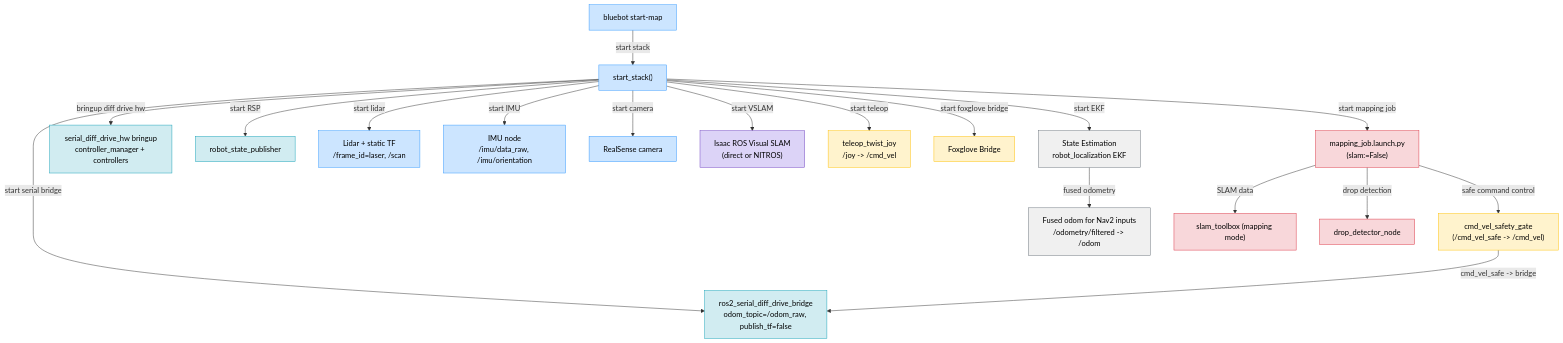
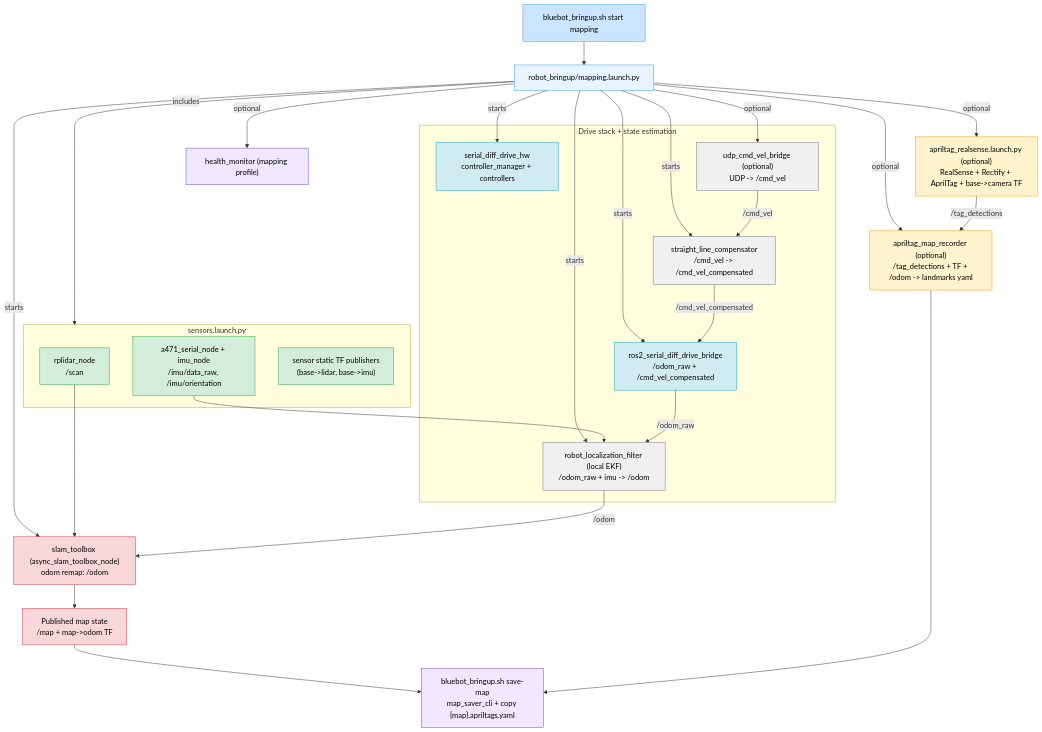
Before and after one commit to NinjaGirlGmr/bluebot: the diagram in docs/stack_diagrams/start_map_stack.mmd, drawn with Mermaid. The commit also changed 52 other files, not shown here.

```diff
--- a/docs/stack_diagrams/start_map_stack.mmd
+++ b/docs/stack_diagrams/start_map_stack.mmd
@@ -1,66 +1,68 @@
 flowchart TD
-%% ----------------- STYLE DEFINITIONS -----------------
+%% ---------- STYLE DEFINITIONS ----------
 classDef startup fill:#cce5ff,stroke:#3399ff,stroke-width:1px,color:#000;
+classDef launch fill:#e8f4ff,stroke:#3399ff,stroke-width:1px,color:#000;
+classDef sensors fill:#d4edda,stroke:#28a745,stroke-width:1px,color:#000;
 classDef hardware fill:#d1ecf1,stroke:#17a2b8,stroke-width:1px,color:#000;
-classDef sensors fill:#cce5ff,stroke:#3399ff,stroke-width:1px,color:#000;
-classDef vslam fill:#dcd3f7,stroke:#6f42c1,stroke-width:1px,color:#000;
-classDef teleop fill:#fff3cd,stroke:#ffc107,stroke-width:1px,color:#000;
 classDef state fill:#f0f0f0,stroke:#6c757d,stroke-width:1px,color:#000;
 classDef mapping fill:#f8d7da,stroke:#dc3545,stroke-width:1px,color:#000;
-classDef safety fill:#fff3cd,stroke:#ffc107,stroke-width:1px,color:#000;
+classDef apriltag fill:#fff3cd,stroke:#ff9800,stroke-width:1px,color:#000;
+classDef ops fill:#efe8ff,stroke:#6f42c1,stroke-width:1px,color:#000;
 
-%% ----------------- STARTUP -----------------
-A["bluebot start-map"]:::startup
-B["start_stack()"]:::startup
+%% ---------- ENTRYPOINT ----------
+A["bluebot_bringup.sh start mapping"]:::startup
+B["robot_bringup/mapping.launch.py"]:::launch
 
-%% ----------------- HARDWARE -----------------
-C["ros2_serial_diff_drive_bridge\nodom_topic=/odom_raw, publish_tf=false"]:::hardware
-D["serial_diff_drive_hw bringup\ncontroller_manager + controllers"]:::hardware
-E["robot_state_publisher"]:::hardware
+%% ---------- SENSORS ----------
+subgraph SENS["sensors.launch.py"]
+S1["rplidar_node\n/scan"]:::sensors
+S2["a471_serial_node + imu_node\n/imu/data_raw, /imu/orientation"]:::sensors
+S3["sensor static TF publishers\n(base->lidar, base->imu)"]:::sensors
+end
 
-%% ----------------- SENSORS -----------------
-F["Lidar + static TF\n/frame_id=laser, /scan"]:::sensors
-G["IMU node\n/imu/data_raw, /imu/orientation"]:::sensors
-H["RealSense camera"]:::sensors
+%% ---------- DRIVE + STATE ----------
+subgraph DRIVE["Drive stack + state estimation"]
+D1["ros2_serial_diff_drive_bridge\n/odom_raw + /cmd_vel_compensated"]:::hardware
+D2["serial_diff_drive_hw\ncontroller_manager + controllers"]:::hardware
+D3["robot_localization_filter (local EKF)\n/odom_raw + imu -> /odom"]:::state
+D4["straight_line_compensator\n/cmd_vel -> /cmd_vel_compensated"]:::state
+D5["udp_cmd_vel_bridge (optional)\nUDP -> /cmd_vel"]:::state
+end
 
-%% ----------------- VSLAM -----------------
-I["Isaac ROS Visual SLAM\n(direct or NITROS)"]:::vslam
+%% ---------- MAPPING ----------
+M1["slam_toolbox (async_slam_toolbox_node)\nodom remap: /odom"]:::mapping
+M2["Published map state\n/map + map->odom TF"]:::mapping
 
-%% ----------------- TELEOP & BRIDGE -----------------
-J["teleop_twist_joy\n/joy -> /cmd_vel"]:::teleop
-K["Foxglove Bridge"]:::teleop
+%% ---------- APRILTAG (OPTIONAL DURING MAPPING) ----------
+AT1["apriltag_realsense.launch.py (optional)\nRealSense + Rectify + AprilTag + base->camera TF"]:::apriltag
+AT2["apriltag_map_recorder (optional)\n/tag_detections + TF + /odom -> landmarks yaml"]:::apriltag
 
-%% ----------------- STATE ESTIMATION -----------------
-L["State Estimation\nrobot_localization EKF"]:::state
-N["Fused odom for Nav2 inputs\n/odometry/filtered -> /odom"]:::state
+%% ---------- OPS ----------
+H1["health_monitor (mapping profile)"]:::ops
+SAV["bluebot_bringup.sh save-map\nmap_saver_cli + copy {map}.apriltags.yaml"]:::ops
 
-%% ----------------- MAPPING -----------------
-M["mapping_job.launch.py\n(slam:=False)"]:::mapping
-O["slam_toolbox (mapping mode)"]:::mapping
-P["drop_detector_node"]:::mapping
-Q["cmd_vel_safety_gate\n(/cmd_vel_safe -> /cmd_vel)"]:::safety
+%% ---------- FLOW ----------
+A --> B
 
-%% ----------------- DATA FLOW -----------------
+B -->|includes| SENS
+B -->|starts| D1
+B -->|starts| D2
+B -->|starts| D3
+B -->|starts| D4
+B -->|optional| D5
+B -->|starts| M1
+B -->|optional| AT1
+B -->|optional| AT2
+B -->|optional| H1
 
-%% Startup flow
-A -->|start stack| B
+S1 --> M1
+S2 --> D3
+D1 -->|/odom_raw| D3
+D4 -->|/cmd_vel_compensated| D1
+D5 -->|/cmd_vel| D4
+D3 -->|/odom| M1
 
-%% Hardware & sensors
-B -->|start serial bridge| C
-B -->|bringup diff drive hw| D
-B -->|start RSP| E
-B -->|start lidar| F
-B -->|start IMU| G
-B -->|start camera| H
-B -->|start VSLAM| I
-B -->|start teleop| J
-B -->|start foxglove bridge| K
-B -->|start EKF| L
-L -->|fused odometry| N
-
-%% Mapping flow
-B -->|start mapping job| M
-M -->|SLAM data| O
-M -->|drop detection| P
-M -->|safe command control| Q
-Q -->|cmd_vel_safe -> bridge| C
+AT1 -->|/tag_detections| AT2
+M1 --> M2
+M2 --> SAV
+AT2 --> SAV
```
